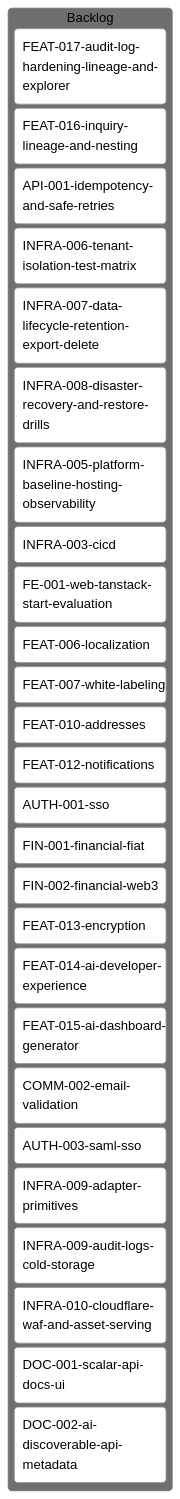
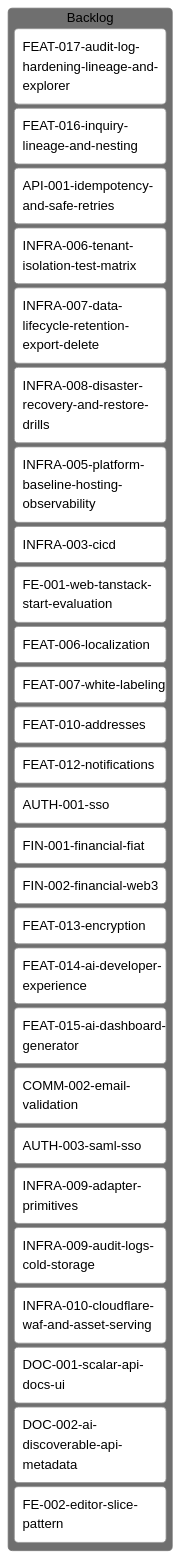
The diagram in tickets/kanban-backlog.md (inixiative/template), drawn with Mermaid (neutral theme) before and after one commit. The commit also changed other lines of this file and 1 other file, not shown here.

First line of the commit message:
Add FE-002 ticket: editor slice pattern (makeEditorSlice factory)

````diff
--- a/tickets/kanban-backlog.md
+++ b/tickets/kanban-backlog.md
@@ -3,35 +3,36 @@
 ```mermaid
 ---
 config:
   kanban:
     ticketBaseUrl: 'https://github.com/yourorg/template/blob/main/tickets/#TICKET#'
 ---
 kanban
   Backlog
     FEAT-017-audit-log-hardening-lineage-and-explorer
     FEAT-016-inquiry-lineage-and-nesting
     API-001-idempotency-and-safe-retries
     INFRA-006-tenant-isolation-test-matrix
     INFRA-007-data-lifecycle-retention-export-delete
     INFRA-008-disaster-recovery-and-restore-drills
     INFRA-005-platform-baseline-hosting-observability
     INFRA-003-cicd
     FE-001-web-tanstack-start-evaluation
     FEAT-006-localization
     FEAT-007-white-labeling
     FEAT-010-addresses
     FEAT-012-notifications
     AUTH-001-sso
     FIN-001-financial-fiat
     FIN-002-financial-web3
     FEAT-013-encryption
     FEAT-014-ai-developer-experience
     FEAT-015-ai-dashboard-generator
     COMM-002-email-validation
     AUTH-003-saml-sso
     INFRA-009-adapter-primitives
     INFRA-009-audit-logs-cold-storage
     INFRA-010-cloudflare-waf-and-asset-serving
     DOC-001-scalar-api-docs-ui
     DOC-002-ai-discoverable-api-metadata
+    FE-002-editor-slice-pattern
 ```
````
